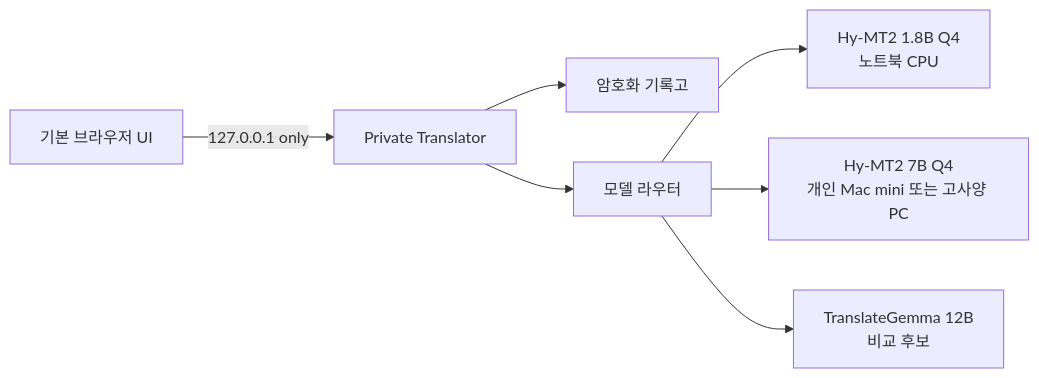
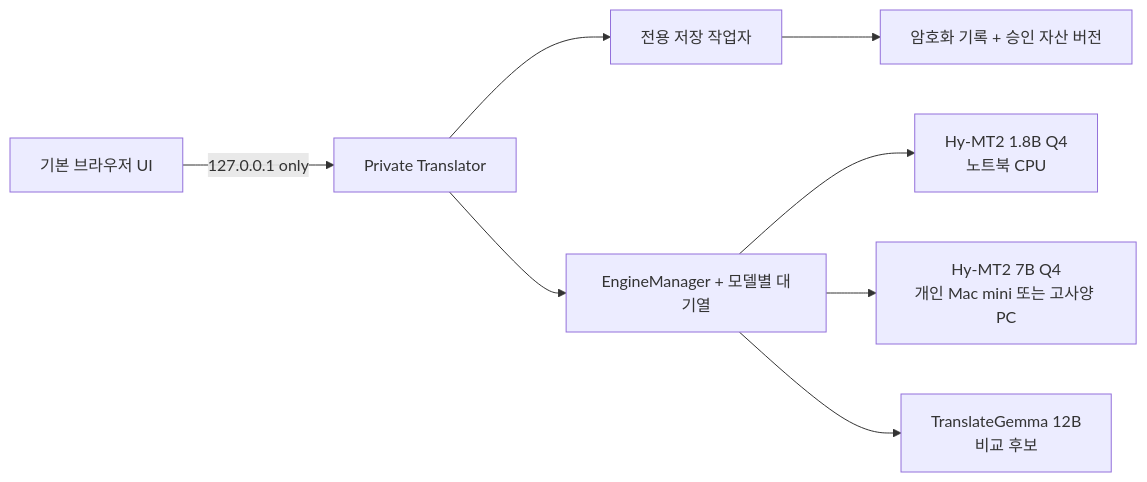
One commit to unmatched785/private-translator changed the diagram in docs/architecture-v1.md. Above: the diagram before and after it, drawn with Mermaid. The commit also changed other lines of this file and 18 other files, not shown here.

````diff
--- a/docs/architecture-v1.md
+++ b/docs/architecture-v1.md
@@ -9,9 +9,10 @@
 ```mermaid
 flowchart LR
     Browser["기본 브라우저 UI"] -->|"127.0.0.1 only"| App["Private Translator"]
-    App --> Vault["암호화 기록고"]
-    App --> Router["모델 라우터"]
-    Router --> Lite["Hy-MT2 1.8B Q4\n노트북 CPU"]
-    Router --> Quality["Hy-MT2 7B Q4\n개인 Mac mini 또는 고사양 PC"]
-    Router --> Compare["TranslateGemma 12B\n비교 후보"]
+    App --> Storage["전용 저장 작업자"]
+    Storage --> Vault["암호화 기록 + 승인 자산 버전"]
+    App --> Manager["EngineManager + 모델별 대기열"]
+    Manager --> Lite["Hy-MT2 1.8B Q4\n노트북 CPU"]
+    Manager --> Quality["Hy-MT2 7B Q4\n개인 Mac mini 또는 고사양 PC"]
+    Manager --> Compare["TranslateGemma 12B\n비교 후보"]
 ```
````
